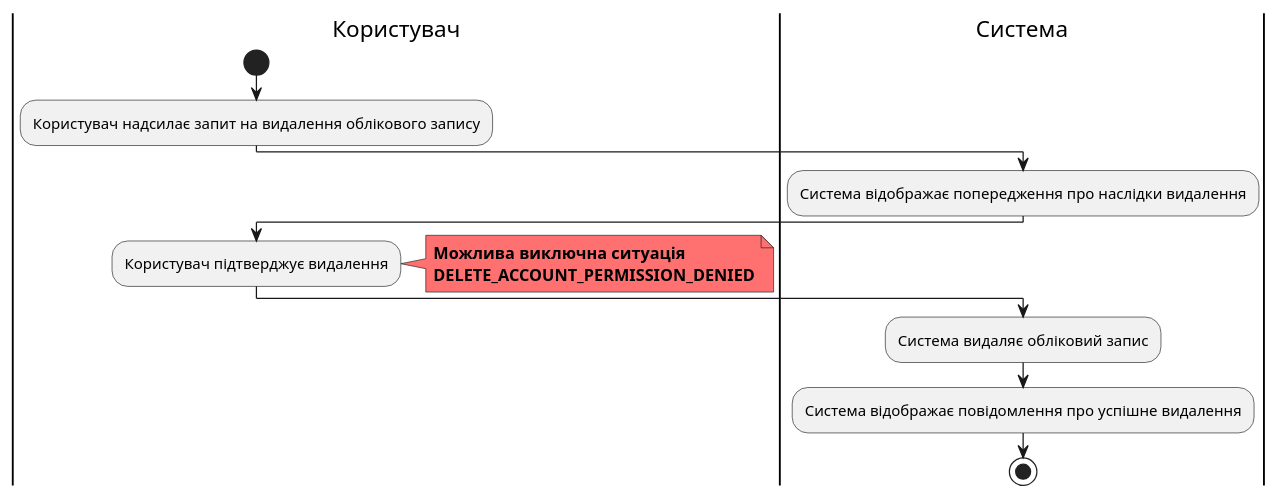
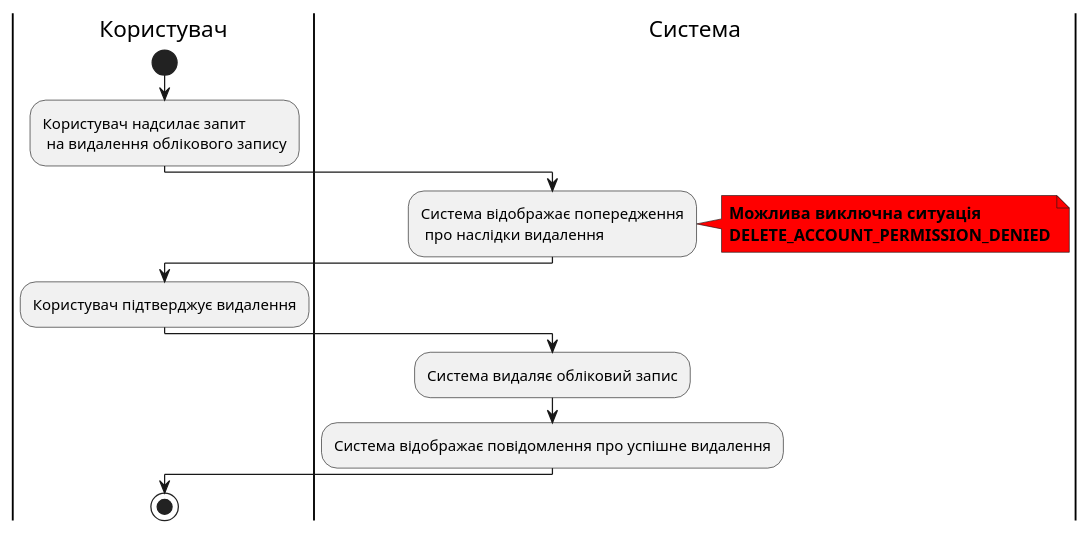
The ninth of 14 diagrams in docs/use_cases.md (zhkcll/lab6), drawn with PlantUML before and after one commit. The commit also changed other lines of this file, not shown here.

````diff
--- a/docs/use_cases.md
+++ b/docs/use_cases.md
@@ -303,22 +306,23 @@
 ```plantuml
 @startuml
 
 |Користувач|
 start
-:Користувач надсилає запит на видалення облікового запису;
+:Користувач надсилає запит\n на видалення облікового запису;
 |Система|
-:Система відображає попередження про наслідки видалення;
-|Користувач|
-:Користувач підтверджує видалення;
-note right #ff7070
+:Система відображає попередження\n про наслідки видалення;
+note right #ff0000
 <b>Можлива виключна ситуація</b>
 <b>DELETE_ACCOUNT_PERMISSION_DENIED</b>
 end note
+|Користувач|
+:Користувач підтверджує видалення;
 |Система|
 :Система видаляє обліковий запис;
 :Система відображає повідомлення про успішне видалення;
+|Користувач|
 stop
 
 @enduml
 
 ```
````
